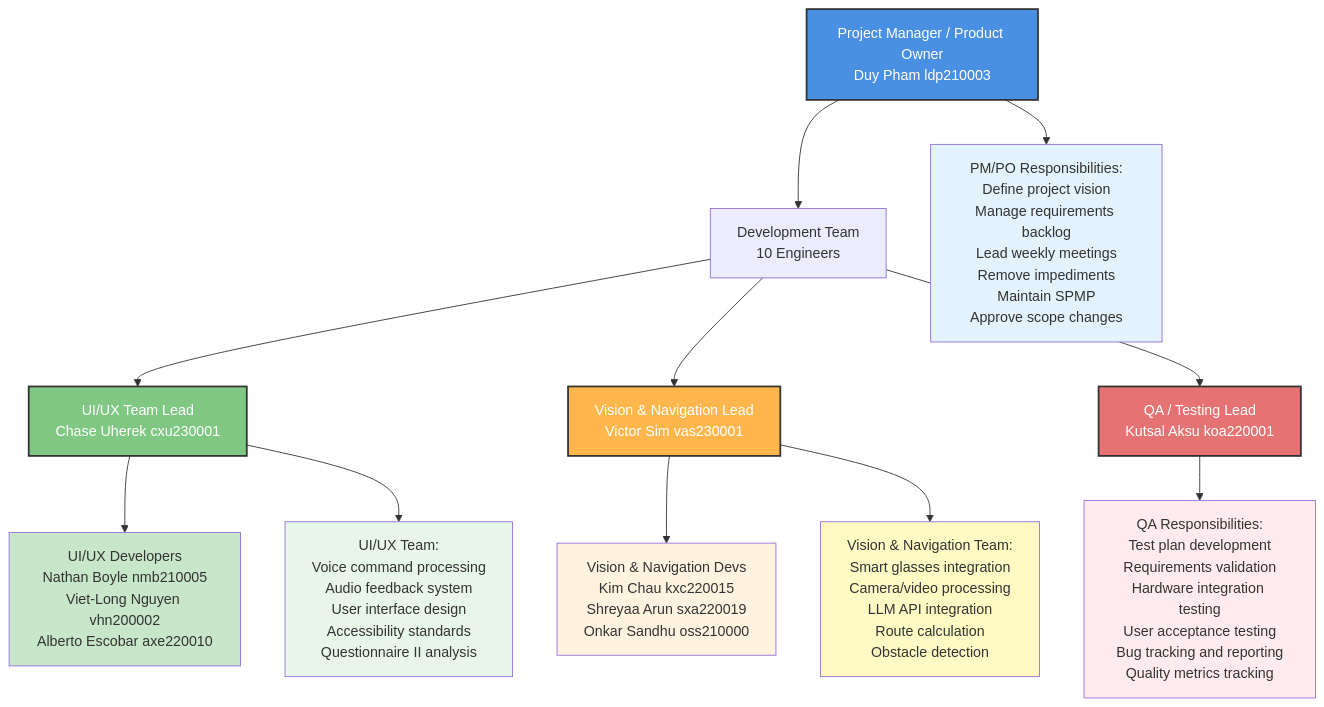
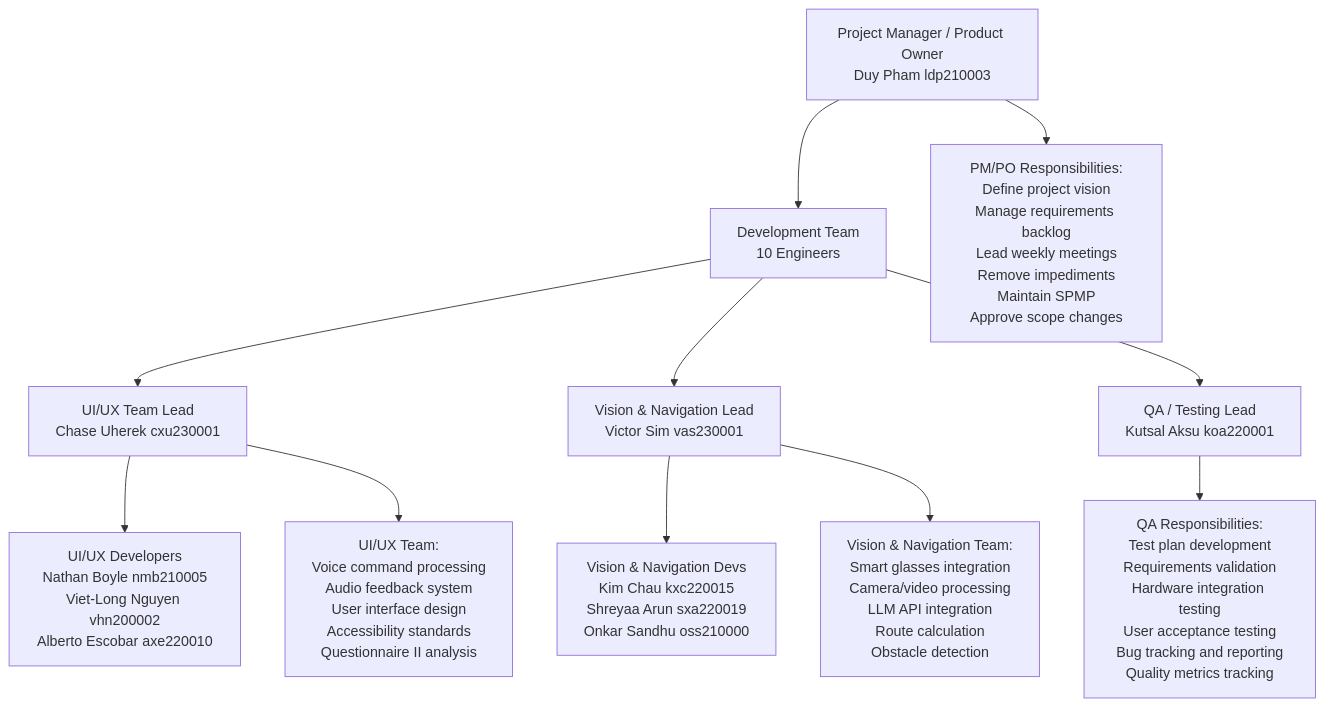
Before and after one commit to phamleduy04/se4351-mobile-f25: the eighth of 9 diagrams in docs/Project 2/Process Specification.md, drawn with Mermaid. The commit also changed other lines of this file, not shown here.

````diff
--- a/docs/Project 2/Process Specification.md
+++ b/docs/Project 2/Process Specification.md
@@ -559,47 +447,36 @@
 ```mermaid
 graph TB
     PM["Project Manager / Product Owner<br/>Duy Pham ldp210003"]
     
     TEAM["Development Team<br/>10 Engineers"]
     
     UIUX_LEAD["UI/UX Team Lead<br/>Chase Uherek cxu230001"]
     VIS_LEAD["Vision & Navigation Lead<br/>Victor Sim vas230001"]
     QA["QA / Testing Lead<br/>Kutsal Aksu koa220001"]
     
     UIUX_DEVS["UI/UX Developers<br/>Nathan Boyle nmb210005<br/>Viet-Long Nguyen vhn200002<br/>Alberto Escobar axe220010"]
     
     VIS_DEVS["Vision & Navigation Devs<br/>Kim Chau kxc220015<br/>Shreyaa Arun sxa220019<br/>Onkar Sandhu oss210000"]
     
     PM --> TEAM
     
     TEAM --> UIUX_LEAD
     TEAM --> VIS_LEAD
     TEAM --> QA
     
     UIUX_LEAD --> UIUX_DEVS
     VIS_LEAD --> VIS_DEVS
     
     PM_RESPONSIBILITIES["PM/PO Responsibilities:<br/>Define project vision<br/>Manage requirements backlog<br/>Lead weekly meetings<br/>Remove impediments<br/>Maintain SPMP<br/>Approve scope changes"]
     
     UIUX_RESPONSIBILITIES["UI/UX Team:<br/>Voice command processing<br/>Audio feedback system<br/>User interface design<br/>Accessibility standards<br/>Questionnaire II analysis"]
     
     VIS_RESPONSIBILITIES["Vision & Navigation Team:<br/>Smart glasses integration<br/>Camera/video processing<br/>LLM API integration<br/>Route calculation<br/>Obstacle detection"]
     
     QA_RESPONSIBILITIES["QA Responsibilities:<br/>Test plan development<br/>Requirements validation<br/>Hardware integration testing<br/>User acceptance testing<br/>Bug tracking and reporting<br/>Quality metrics tracking"]
     
     PM --> PM_RESPONSIBILITIES
     UIUX_LEAD --> UIUX_RESPONSIBILITIES
     VIS_LEAD --> VIS_RESPONSIBILITIES
     QA --> QA_RESPONSIBILITIES
-    
-    style PM fill:#4A90E2,stroke:#333,stroke-width:2px,color:#fff
-    style UIUX_LEAD fill:#81C784,stroke:#333,stroke-width:2px,color:#fff
-    style VIS_LEAD fill:#FFB74D,stroke:#333,stroke-width:2px,color:#fff
-    style QA fill:#E57373,stroke:#333,stroke-width:2px,color:#fff
-    style UIUX_DEVS fill:#C8E6C9
-    style VIS_DEVS fill:#FFF3E0
-    style PM_RESPONSIBILITIES fill:#E3F2FD
-    style UIUX_RESPONSIBILITIES fill:#E8F5E9
-    style VIS_RESPONSIBILITIES fill:#FFF9C4
-    style QA_RESPONSIBILITIES fill:#FFEBEE
 ```
````
